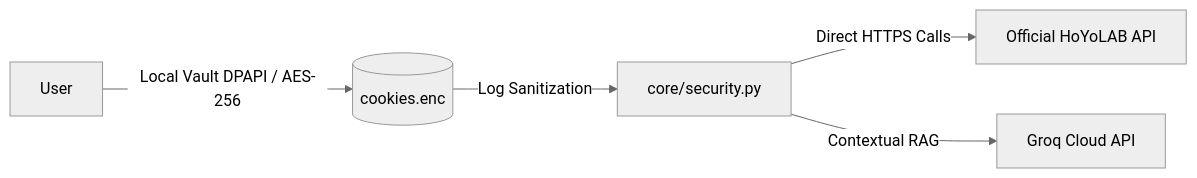
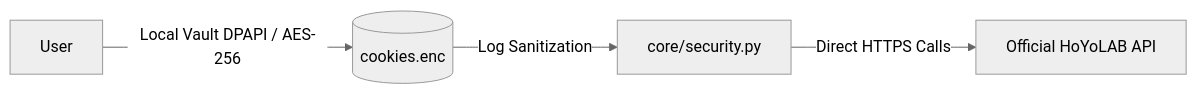
Before and after one commit to Lacas0010/Cabeca_de_Droid: the first of 2 diagrams in README.en.md, drawn with Mermaid (neutral theme). The commit also changed other lines of this file and 41 other files, not shown here.

````diff
--- a/README.en.md
+++ b/README.en.md
@@ -82,7 +82,6 @@
 ```mermaid
 graph LR
     User[User] -->|Local Vault DPAPI / AES-256| Vault[(cookies.enc)]
     Vault -->|Log Sanitization| San[core/security.py]
     San -->|Direct HTTPS Calls| HoYo[Official HoYoLAB API]
-    San -->|Contextual RAG| Groq[Groq Cloud API]
 ```
````
